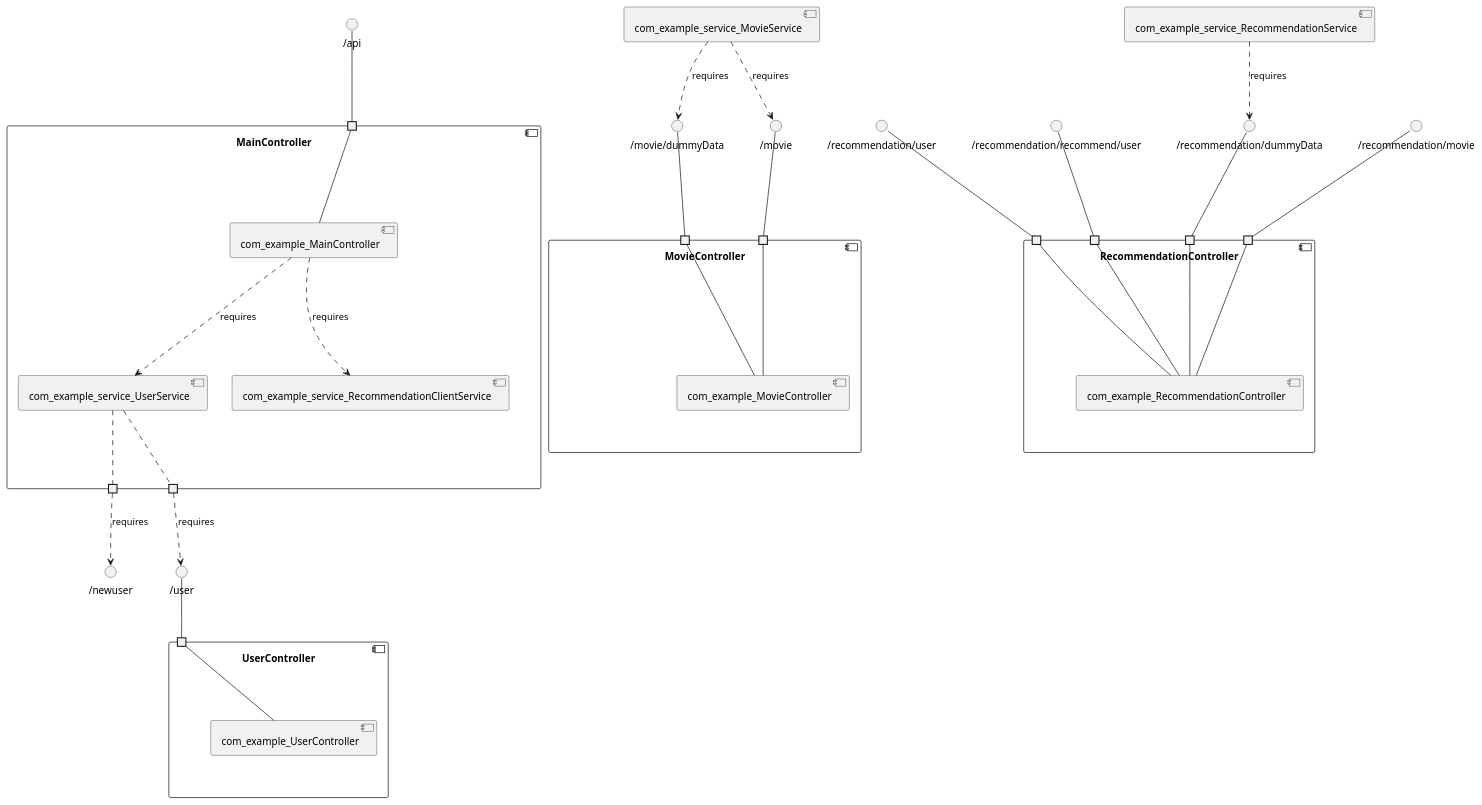
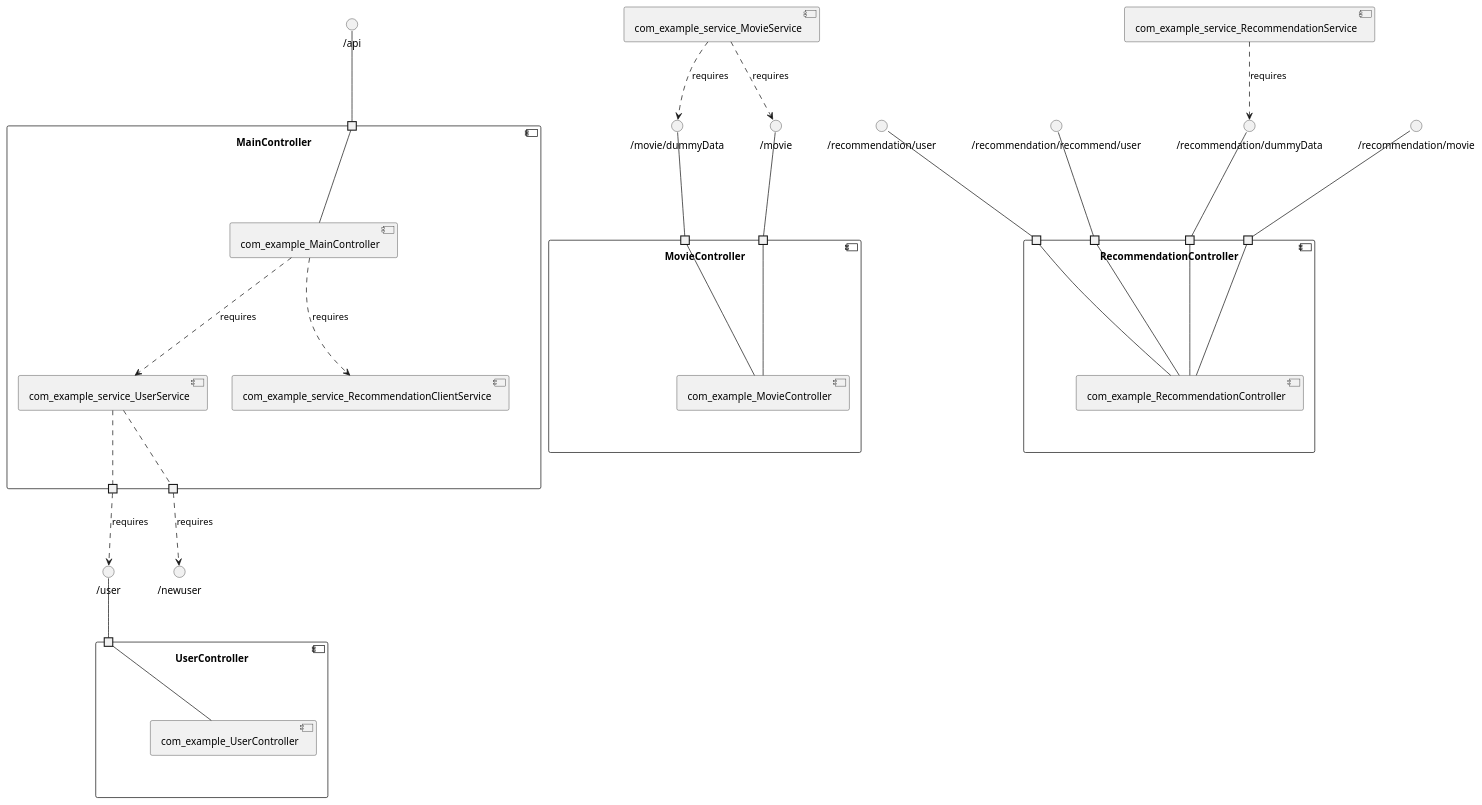
Before and after one commit to View-Based-Reverse-Engineering/Retriever-Benchmark: the diagram in spring-cloud-movie-recommendation/model_re/uml/componentDiagram.puml, drawn with PlantUML. The commit also changed other lines of this file and 165 other files, not shown here.

```diff
--- a/spring-cloud-movie-recommendation/model_re/uml/componentDiagram.puml
+++ b/spring-cloud-movie-recommendation/model_re/uml/componentDiagram.puml
@@ -1,66 +1,66 @@
 @startuml
 skinparam fixCircleLabelOverlapping true
 component "MainController\n\n\n\n\n\n" {
+[com_example_service_RecommendationClientService]
 [com_example_MainController]
-[com_example_service_RecommendationClientService]
 [com_example_service_UserService]
 portin " " as MainController.requires._api
+portout " " as MainController.provides._user
 portout " " as MainController.provides._newuser
-portout " " as MainController.provides._user
+[com_example_MainController]..>[com_example_service_RecommendationClientService] : requires
 [com_example_MainController]..>[com_example_service_UserService] : requires
-[com_example_MainController]..>[com_example_service_RecommendationClientService] : requires
 "MainController.requires._api"--[com_example_MainController]
 [com_example_service_UserService].."MainController.provides._user"
 [com_example_service_UserService].."MainController.provides._newuser"
 }
 interface "/api" as interface._api
 interface._api--"MainController.requires._api"
 interface "/user" as interface._user
 "MainController.provides._user"..>interface._user : requires
 interface "/newuser" as interface._newuser
 "MainController.provides._newuser"..>interface._newuser : requires
 component "MovieController\n\n\n\n\n\n" {
 [com_example_MovieController]
 portin " " as MovieController.requires._movie
 portin " " as MovieController.requires._movie_dummyData
 "MovieController.requires._movie_dummyData"--[com_example_MovieController]
 "MovieController.requires._movie"--[com_example_MovieController]
 }
 interface "/movie/dummyData" as interface._movie_dummyData
 interface._movie_dummyData--"MovieController.requires._movie_dummyData"
 interface "/movie" as interface._movie
 interface._movie--"MovieController.requires._movie"
 component "RecommendationController\n\n\n\n\n\n" {
 [com_example_RecommendationController]
+portin " " as RecommendationController.requires._recommendation_movie
 portin " " as RecommendationController.requires._recommendation_dummyData
-portin " " as RecommendationController.requires._recommendation_movie
 portin " " as RecommendationController.requires._recommendation_user
 portin " " as RecommendationController.requires._recommendation_recommend_user
 "RecommendationController.requires._recommendation_user"--[com_example_RecommendationController]
 "RecommendationController.requires._recommendation_dummyData"--[com_example_RecommendationController]
 "RecommendationController.requires._recommendation_recommend_user"--[com_example_RecommendationController]
 "RecommendationController.requires._recommendation_movie"--[com_example_RecommendationController]
 }
 interface "/recommendation/user" as interface._recommendation_user
 interface._recommendation_user--"RecommendationController.requires._recommendation_user"
 interface "/recommendation/dummyData" as interface._recommendation_dummyData
 interface._recommendation_dummyData--"RecommendationController.requires._recommendation_dummyData"
 interface "/recommendation/recommend/user" as interface._recommendation_recommend_user
 interface._recommendation_recommend_user--"RecommendationController.requires._recommendation_recommend_user"
 interface "/recommendation/movie" as interface._recommendation_movie
 interface._recommendation_movie--"RecommendationController.requires._recommendation_movie"
 component "UserController\n\n\n\n\n\n" {
 [com_example_UserController]
 portin " " as UserController.requires._user
 "UserController.requires._user"--[com_example_UserController]
 }
 interface "/user" as interface._user
 interface._user--"UserController.requires._user"
 interface "/movie" as interface._movie
 [com_example_service_MovieService]..>interface._movie : requires
 interface "/movie/dummyData" as interface._movie_dummyData
 [com_example_service_MovieService]..>interface._movie_dummyData : requires
 interface "/recommendation/dummyData" as interface._recommendation_dummyData
 [com_example_service_RecommendationService]..>interface._recommendation_dummyData : requires
 
 @enduml
```
